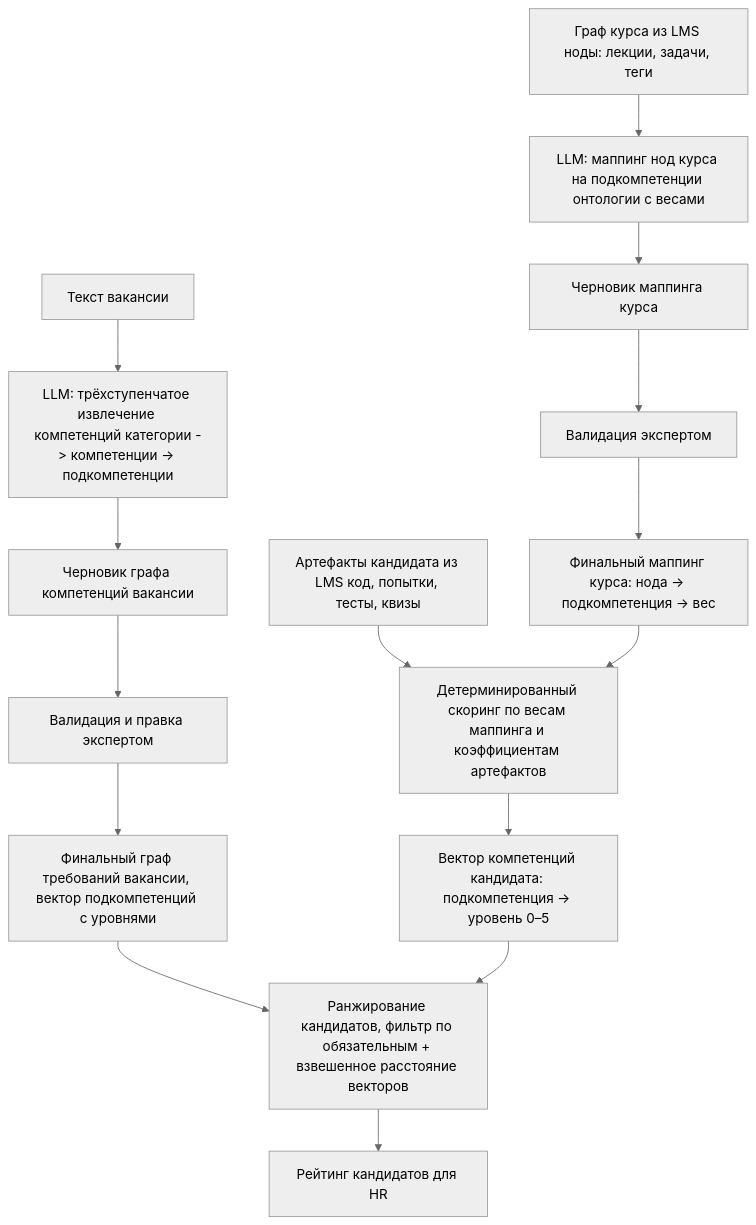
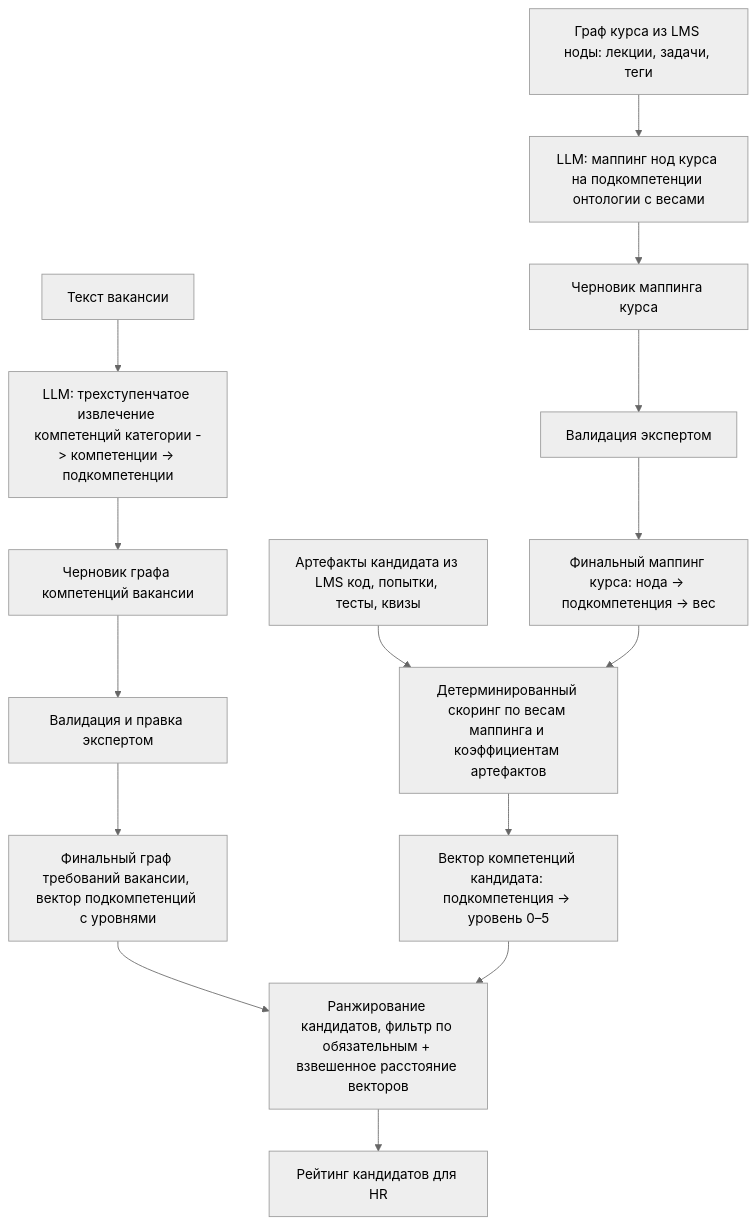
Before and after one commit to ruslantur77/ai-competency-profiler: the diagram in ml_system_design_doc.md, drawn with Mermaid (neutral theme). The commit also changed other lines of this file, not shown here.

````diff
--- a/ml_system_design_doc.md
+++ b/ml_system_design_doc.md
@@ -128,20 +128,20 @@
 ```mermaid
 flowchart TD
-    A[Текст вакансии] --> B[LLM: трёхступенчатое извлечение компетенций категории -> компетенции -> подкомпетенции]
+    A[Текст вакансии] --> B[LLM: трехступенчатое извлечение компетенций категории -> компетенции -> подкомпетенции]
     B --> C[Черновик графа компетенций вакансии]
     C --> D[Валидация и правка экспертом]
     D --> E[Финальный граф требований вакансии, вектор подкомпетенций с уровнями]
 
     F[Граф курса из LMS ноды: лекции, задачи, теги] --> G[LLM: маппинг нод курса на подкомпетенции онтологии с весами]
     G --> H[Черновик маппинга курса]
     H --> I[Валидация экспертом]
     I --> J[Финальный маппинг курса: нода -> подкомпетенция -> вес]
 
     K[Артефакты кандидата из LMS код, попытки, тесты, квизы] --> L[Детерминированный скоринг по весам маппинга и коэффициентам артефактов]
     J --> L
     L --> M[Вектор компетенций кандидата: подкомпетенция -> уровень 0–5]
 
     E --> N[Ранжирование кандидатов, фильтр по обязательным + взвешенное расстояние векторов]
     M --> N
     N --> O[Рейтинг кандидатов для HR]
 ```
````
